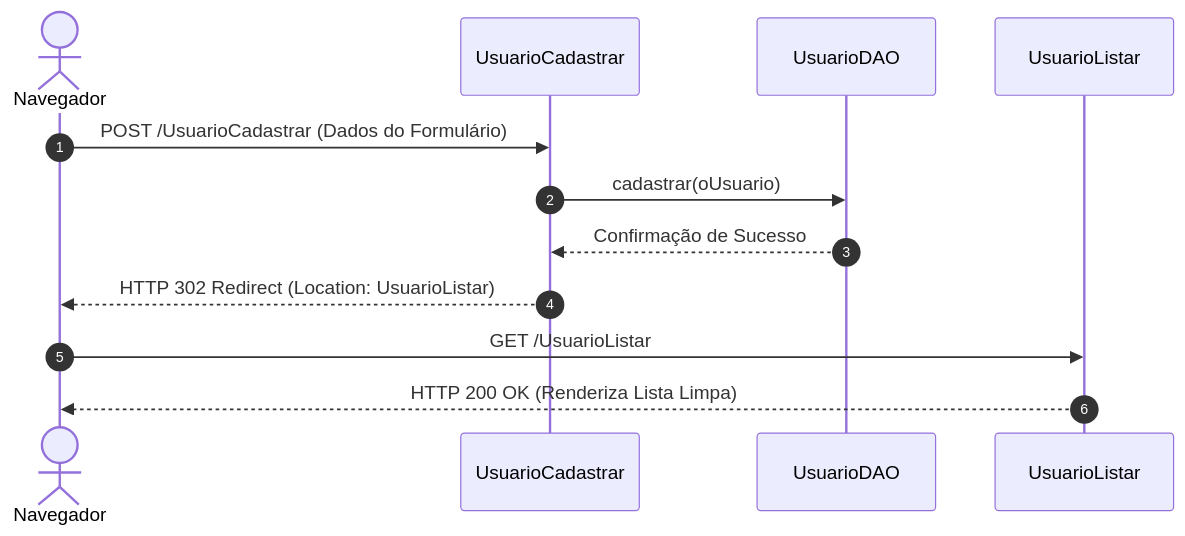
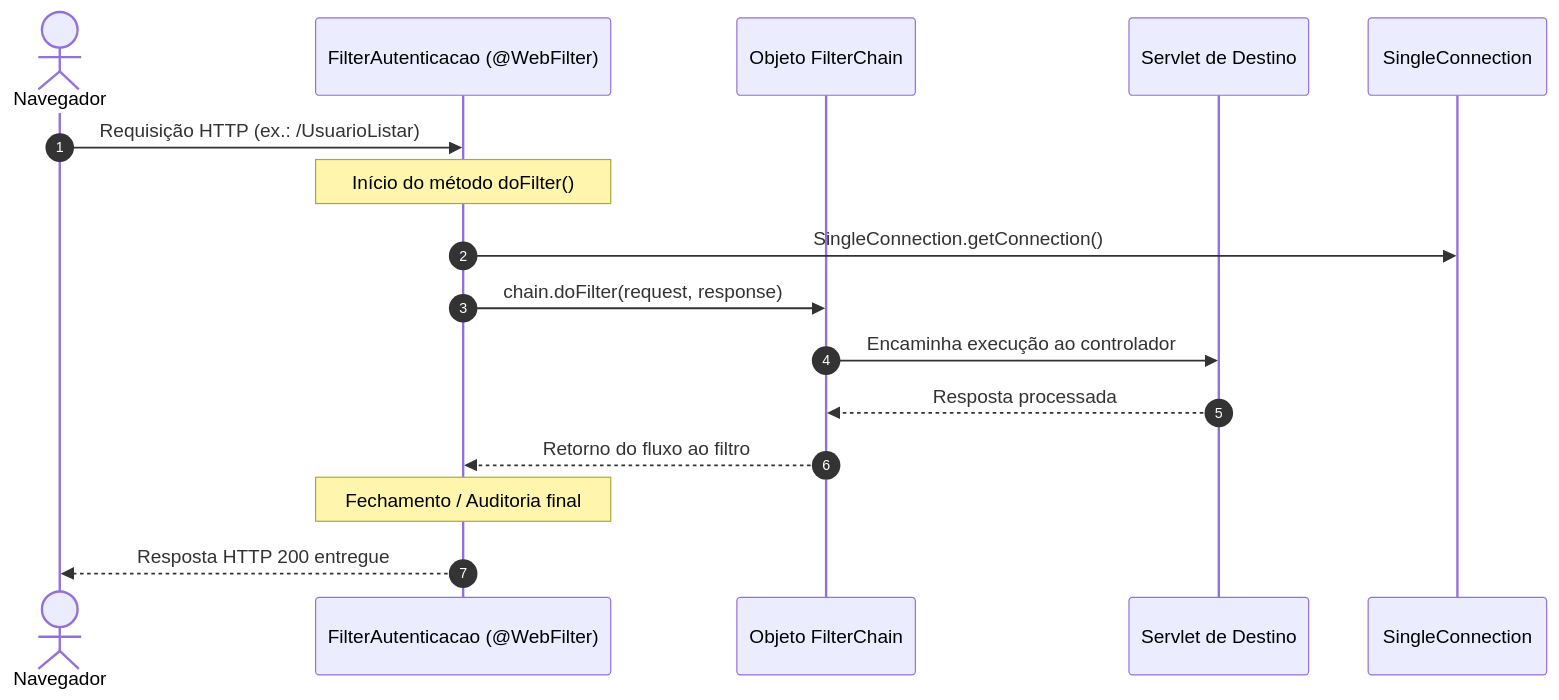
One commit to murilolol/unifef changed the tenth of 19 diagrams in 3º Semestre/[Prof. Jefferson Passerini] Laboratório de Programação III/Resumos-IA/Caderno-Consolidado.md. Above: the diagram before and after it, drawn with Mermaid. The commit also changed other lines of this file and 40 other files, not shown here.

````diff
--- a/3º Semestre/[Prof. Jefferson Passerini] Laboratório de Programação III/Resumos-IA/Caderno-Consolidado.md
+++ b/3º Semestre/[Prof. Jefferson Passerini] Laboratório de Programação III/Resumos-IA/Caderno-Consolidado.md
@@ -1141,15 +624,19 @@
 ```mermaid
 sequenceDiagram
     autonumber
     actor Cliente as Navegador
-    participant Servlet as UsuarioCadastrar
-    participant DAO as UsuarioDAO
-    participant Listar as UsuarioListar
+    participant Filter as FilterAutenticacao (@WebFilter)
+    participant Chain as Objeto FilterChain
+    participant Servlet as Servlet de Destino
+    participant Conn as SingleConnection
 
-    Cliente->>Servlet: POST /UsuarioCadastrar (Dados do Formulário)
-    Servlet->>DAO: cadastrar(oUsuario)
-    DAO-->>Servlet: Confirmação de Sucesso
-    Servlet-->>Cliente: HTTP 302 Redirect (Location: UsuarioListar)
-    Cliente->>Listar: GET /UsuarioListar
-    Listar-->>Cliente: HTTP 200 OK (Renderiza Lista Limpa)
+    Cliente->>Filter: Requisição HTTP (ex.: /UsuarioListar)
+    Note over Filter: Início do método doFilter()
+    Filter->>Conn: SingleConnection.getConnection()
+    Filter->>Chain: chain.doFilter(request, response)
+    Chain->>Servlet: Encaminha execução ao controlador
+    Servlet-->>Chain: Resposta processada
+    Chain-->>Filter: Retorno do fluxo ao filtro
+    Note over Filter: Fechamento / Auditoria final
+    Filter-->>Cliente: Resposta HTTP 200 entregue
 ```
````
